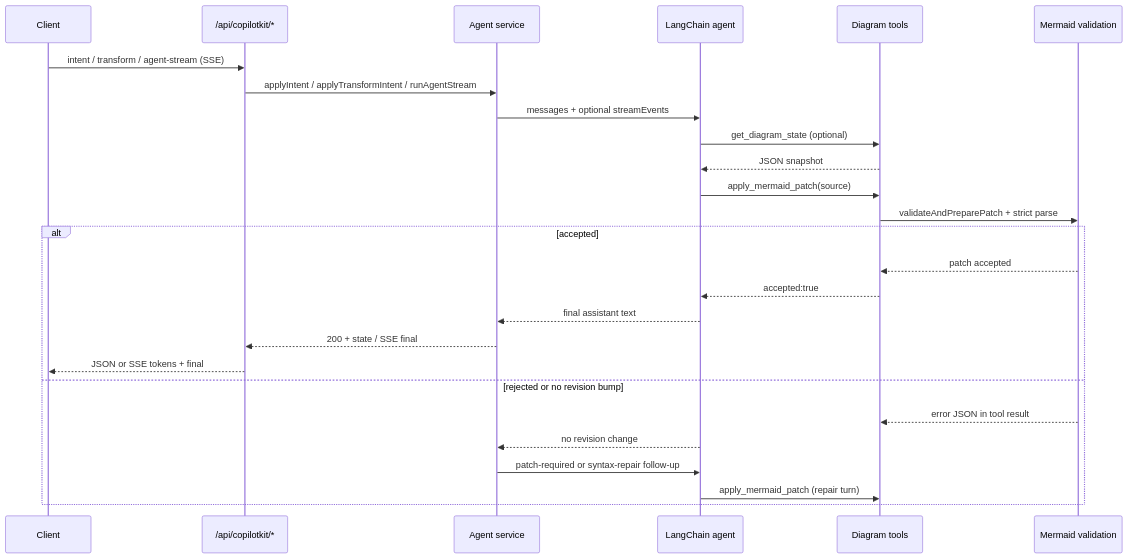
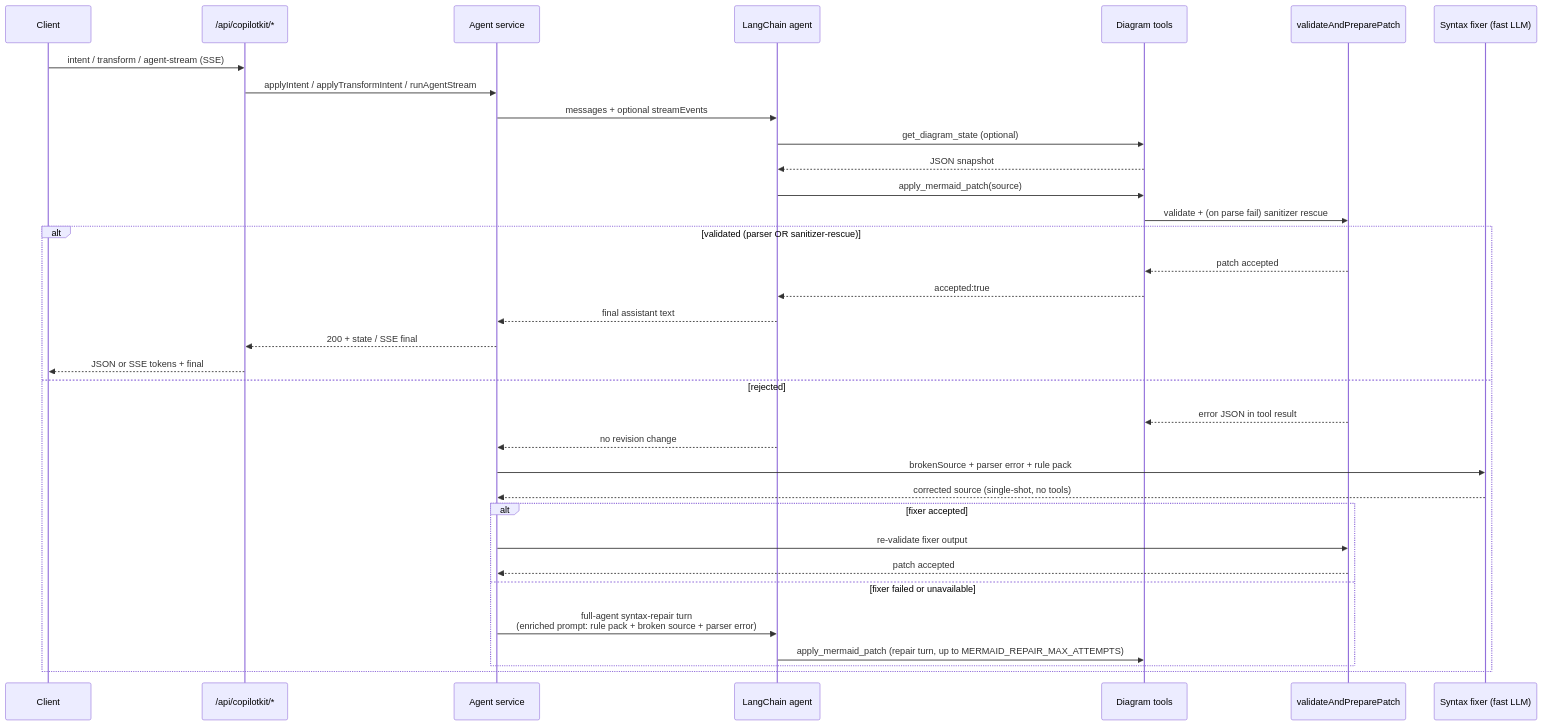
The third of 4 diagrams in README.md (acuhlmann/mermaid-gen), drawn with Mermaid before and after one commit. The commit also changed other lines of this file and 24 other files, not shown here.

First line of the commit message:
Enhance Mermaid validation and repair capabilities

````diff
--- a/README.md
+++ b/README.md
@@ -81,29 +96,37 @@
 ```mermaid
 sequenceDiagram
   participant C as Client
   participant R as /api/copilotkit/*
   participant S as Agent service
   participant L as LangChain agent
   participant T as Diagram tools
-  participant V as Mermaid validation
+  participant VRP as validateAndPreparePatch
+  participant Fix as Syntax fixer (fast LLM)
 
   C->>R: intent / transform / agent-stream (SSE)
   R->>S: applyIntent / applyTransformIntent / runAgentStream
   S->>L: messages + optional streamEvents
   L->>T: get_diagram_state (optional)
   T-->>L: JSON snapshot
   L->>T: apply_mermaid_patch(source)
-  T->>V: validateAndPreparePatch + strict parse
-  alt accepted
-    V-->>T: patch accepted
+  T->>VRP: validate + (on parse fail) sanitizer rescue
+  alt validated (parser OR sanitizer-rescue)
+    VRP-->>T: patch accepted
     T-->>L: accepted:true
     L-->>S: final assistant text
     S-->>R: 200 + state / SSE final
     R-->>C: JSON or SSE tokens + final
-  else rejected or no revision bump
-    V-->>T: error JSON in tool result
+  else rejected
+    VRP-->>T: error JSON in tool result
     L-->>S: no revision change
-    S->>L: patch-required or syntax-repair follow-up
-    L->>T: apply_mermaid_patch (repair turn)
+    S->>Fix: brokenSource + parser error + rule pack
+    Fix-->>S: corrected source (single-shot, no tools)
+    alt fixer accepted
+      S->>VRP: re-validate fixer output
+      VRP-->>S: patch accepted
+    else fixer failed or unavailable
+      S->>L: full-agent syntax-repair turn<br/>(enriched prompt: rule pack + broken source + parser error)
+      L->>T: apply_mermaid_patch (repair turn, up to MERMAID_REPAIR_MAX_ATTEMPTS)
+    end
   end
 ```
````
